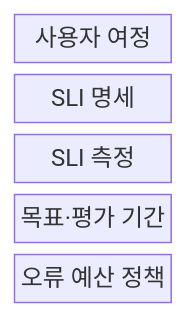
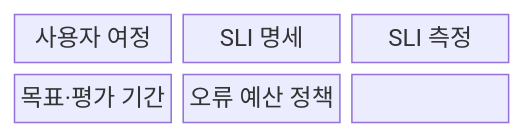
Before and after one commit to agnusdei1207/knowledge-base: the first of 2 diagrams in src/content/docs/notes/08-latest-tech/173_slo.md, drawn with Mermaid. The commit also changed other lines of this file and 228 other files, not shown here.

````diff
--- a/src/content/docs/notes/08-latest-tech/173_slo.md
+++ b/src/content/docs/notes/08-latest-tech/173_slo.md
@@ -52,9 +51,11 @@
 ```mermaid
 block-beta
-  columns 1
-  A["사용자 여정"]
-  B["SLI 명세"]
-  C["SLI 측정"]
-  D["목표·평가 기간"]
-  E["오류 예산 정책"]
+  columns 3
+  N0["사용자 여정"]
+  N1["SLI 명세"]
+  N2["SLI 측정"]
+  N3["목표·평가 기간"]
+  N4["오류 예산 정책"]
+  N0 --- N1 --- N2
+  N2 --- N3 --- N4
 ```
````
